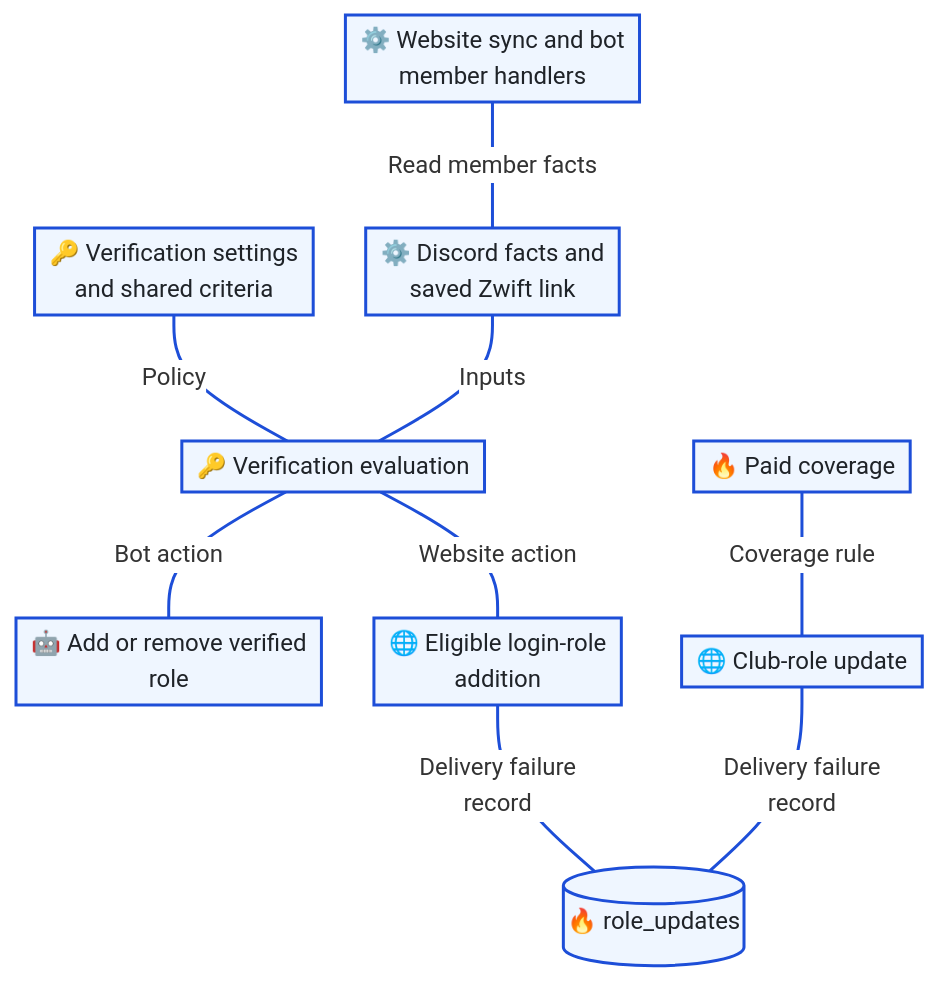
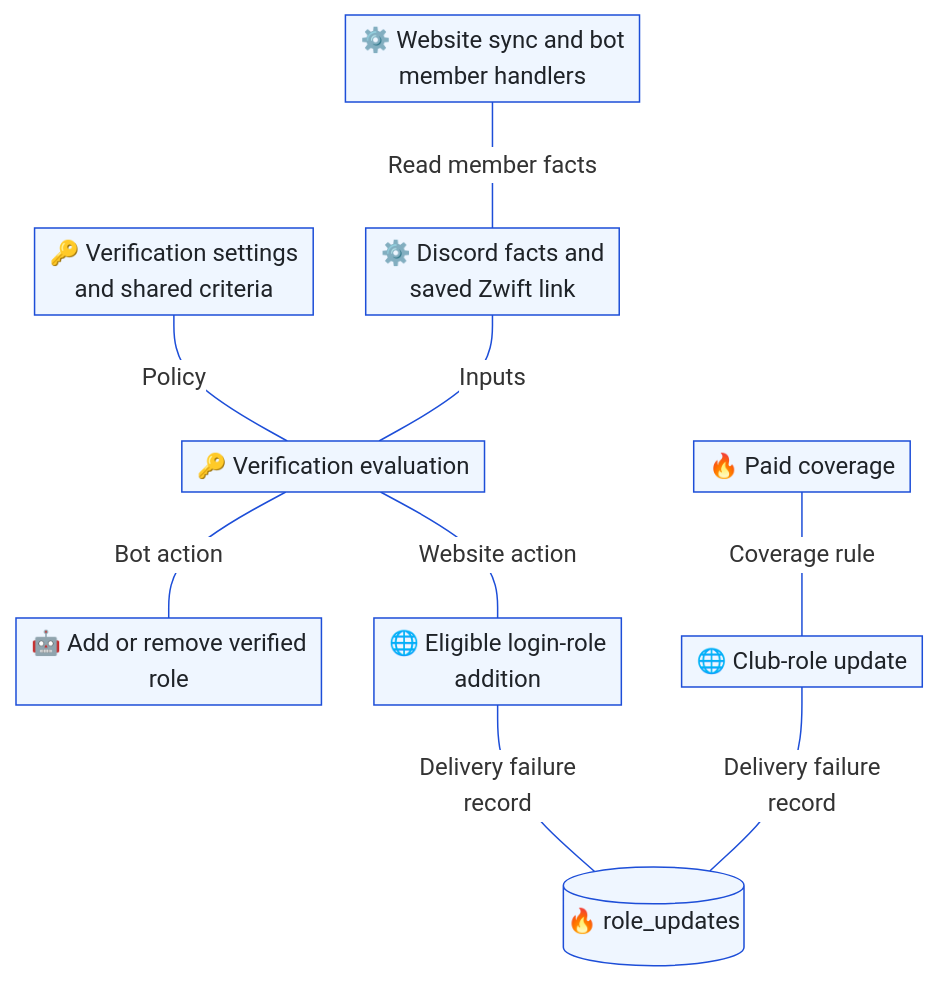
Before and after one commit to T00few2/dzr: the third of 4 diagrams in docs/architecture/identity-membership.md, drawn with Mermaid. The commit also changed other lines of this file and 34 other files, not shown here.

Commit message:
docs: use normal strokes and enforce 12px sequence labels

````diff
--- a/docs/architecture/identity-membership.md
+++ b/docs/architecture/identity-membership.md
@@ -129,27 +131,27 @@
 ```mermaid
 ---
 config:
   theme: base
   themeVariables:
     edgeLabelBackground: '#ffffff'
   themeCSS: |
     .edgeLabel, .edgeLabel p { font-size: 12px !important; }
     :is(&) { background: #ffffff; }
   flowchart:
     padding: 5
     nodeSpacing: 35
     rankSpacing: 60
 ---
 flowchart TB
     entry["⚙️ Website sync and bot<br/>member handlers"] ---|Read member facts| facts["⚙️ Discord facts and<br/>saved Zwift link"]
     settings["🔑 Verification settings<br/>and shared criteria"] ---|Policy| decision["🔑 Verification evaluation"]
     facts ---|Inputs| decision
     decision ---|Bot action| bot["🤖 Add or remove verified<br/>role"]
     decision ---|Website action| web["🌐 Eligible login-role<br/>addition"]
     paid["🔥 Paid coverage"] ---|Coverage rule| club["🌐 Club-role update"]
     web ---|Delivery failure<br/>record| queue[("🔥 role_updates")]
     club ---|Delivery failure<br/>record| queue
-    classDef default fill:#eff6ff,stroke:#1d4ed8,stroke-width:2px,color:#1f2328
-    classDef external fill:#fff1f2,stroke:#b91c1c,stroke-width:2px,color:#1f2328
-    linkStyle default stroke:#1d4ed8,stroke-width:2px
+    classDef default fill:#eff6ff,stroke:#1d4ed8,color:#1f2328
+    classDef external fill:#fff1f2,stroke:#b91c1c,color:#1f2328
+    linkStyle default stroke:#1d4ed8
 ```
````
